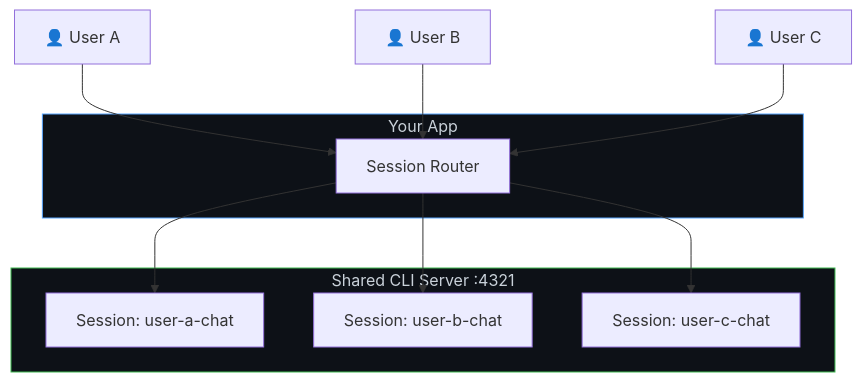
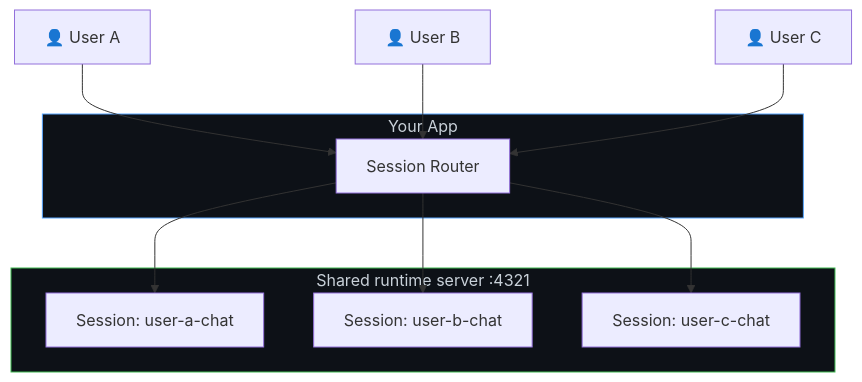
Before and after one commit to jeremiahjordanisaacson/copilot-sdk-supercharged: the third of 10 diagrams in docs/setup/scaling.md, drawn with Mermaid. The commit also changed other lines of this file and 35 other files, not shown here.

````diff
--- a/docs/setup/scaling.md
+++ b/docs/setup/scaling.md
@@ -152,27 +152,27 @@
 ```mermaid
 flowchart TB
     U1["👤 User A"]
     U2["👤 User B"]
     U3["👤 User C"]
 
     subgraph App["Your App"]
         Router["Session Router"]
     end
 
-    subgraph CLI["Shared CLI Server :4321"]
+    subgraph Runtime["Shared runtime server :4321"]
         SA["Session: user-a-chat"]
         SB["Session: user-b-chat"]
         SC["Session: user-c-chat"]
     end
 
     U1 --> Router
     U2 --> Router
     U3 --> Router
 
     Router --> SA
     Router --> SB
     Router --> SC
 
     style App fill:#0d1117,stroke:#58a6ff,color:#c9d1d9
-    style CLI fill:#0d1117,stroke:#3fb950,color:#c9d1d9
+    style Runtime fill:#0d1117,stroke:#3fb950,color:#c9d1d9
 ```
````
